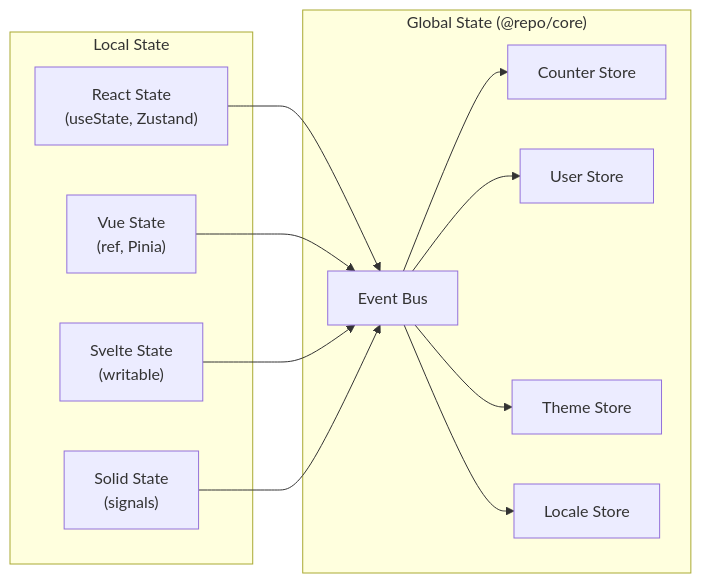
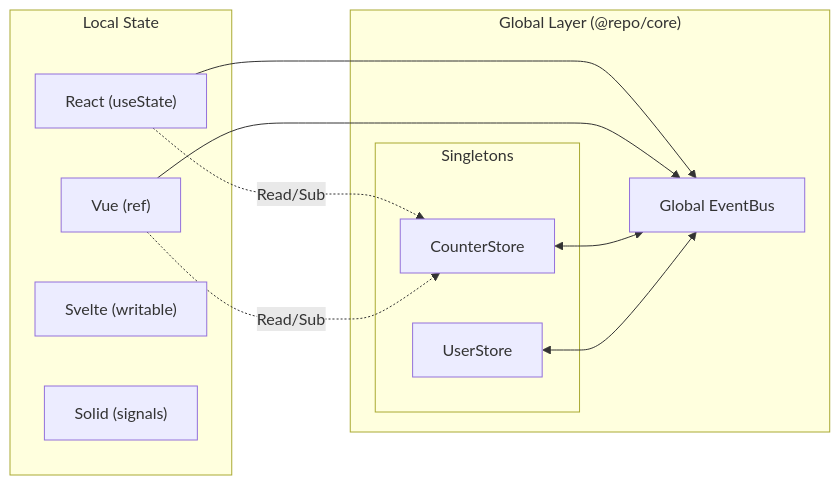
Before and after one commit to tian972k/micro-fontend-base: the fourth of 4 diagrams in docs/ARCHITECTURE.md, drawn with Mermaid. The commit also changed other lines of this file and 4 other files, not shown here.

Commit message:
docs: update architecture documentation and remove duplicate content

````diff
--- a/docs/ARCHITECTURE.md
+++ b/docs/ARCHITECTURE.md
@@ -269,27 +154,26 @@
 ```mermaid
 flowchart LR
     subgraph "Local State"
-        ReactState["React State<br/>(useState, Zustand)"]
-        VueState["Vue State<br/>(ref, Pinia)"]
-        SvelteState["Svelte State<br/>(writable)"]
-        SolidState["Solid State<br/>(signals)"]
+        ReactState["React (useState)"]
+        VueState["Vue (ref)"]
+        SvelteState["Svelte (writable)"]
+        SolidState["Solid (signals)"]
     end
 
-    subgraph "Global State (@repo/core)"
-        CounterStore["Counter Store"]
-        UserStore["User Store"]
-        ThemeStore["Theme Store"]
-        LocaleStore["Locale Store"]
-        EventBus["Event Bus"]
+    subgraph "Global Layer (@repo/core)"
+        subgraph "Singletons"
+            CounterStore["CounterStore"]
+            UserStore["UserStore"]
+        end
+        EventBus["Global EventBus"]
     end
 
     ReactState --> EventBus
     VueState --> EventBus
-    SvelteState --> EventBus
-    SolidState --> EventBus
 
-    EventBus --> CounterStore
-    EventBus --> UserStore
-    EventBus --> ThemeStore
-    EventBus --> LocaleStore
+    CounterStore <--> EventBus
+    UserStore <--> EventBus
+
+    ReactState -.->|Read/Sub| CounterStore
+    VueState -.->|Read/Sub| CounterStore
 ```
````
